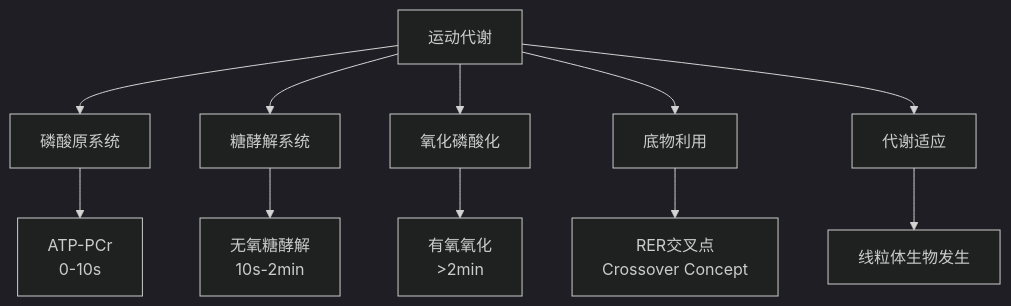
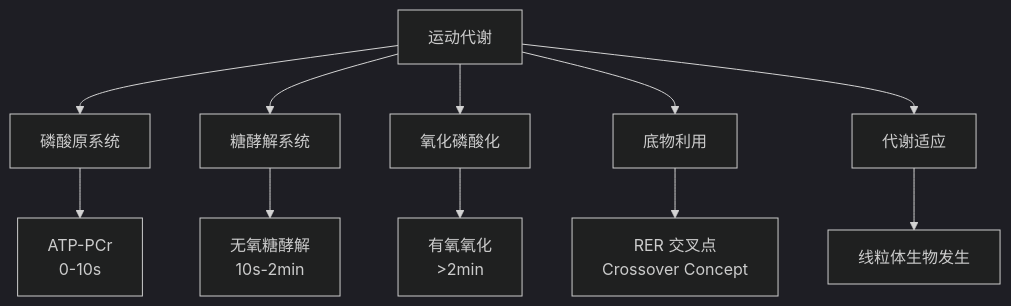
Before and after one commit to Tianshang301/TianshangKnowledgeBase: the first of 2 diagrams in 12_SportsScience/SportsMedicine/MetabolismAndExercise.md, drawn with Mermaid (dark theme). The commit also changed other lines of this file and 2257 other files, not shown here.

````diff
--- a/12_SportsScience/SportsMedicine/MetabolismAndExercise.md
+++ b/12_SportsScience/SportsMedicine/MetabolismAndExercise.md
@@ -14,14 +16,14 @@
 ```mermaid
 graph TD
     A[运动代谢] --> B[磷酸原系统]
     A --> C[糖酵解系统]
     A --> D[氧化磷酸化]
     A --> E[底物利用]
     A --> F[代谢适应]
     
     B --> G[ATP-PCr<br/>0-10s]
     C --> H[无氧糖酵解<br/>10s-2min]
     D --> I[有氧氧化<br/>>2min]
-    E --> J[RER交叉点<br/>Crossover Concept]
+    E --> J[RER 交叉点<br/>Crossover Concept]
     F --> K[线粒体生物发生]
 ```
````
